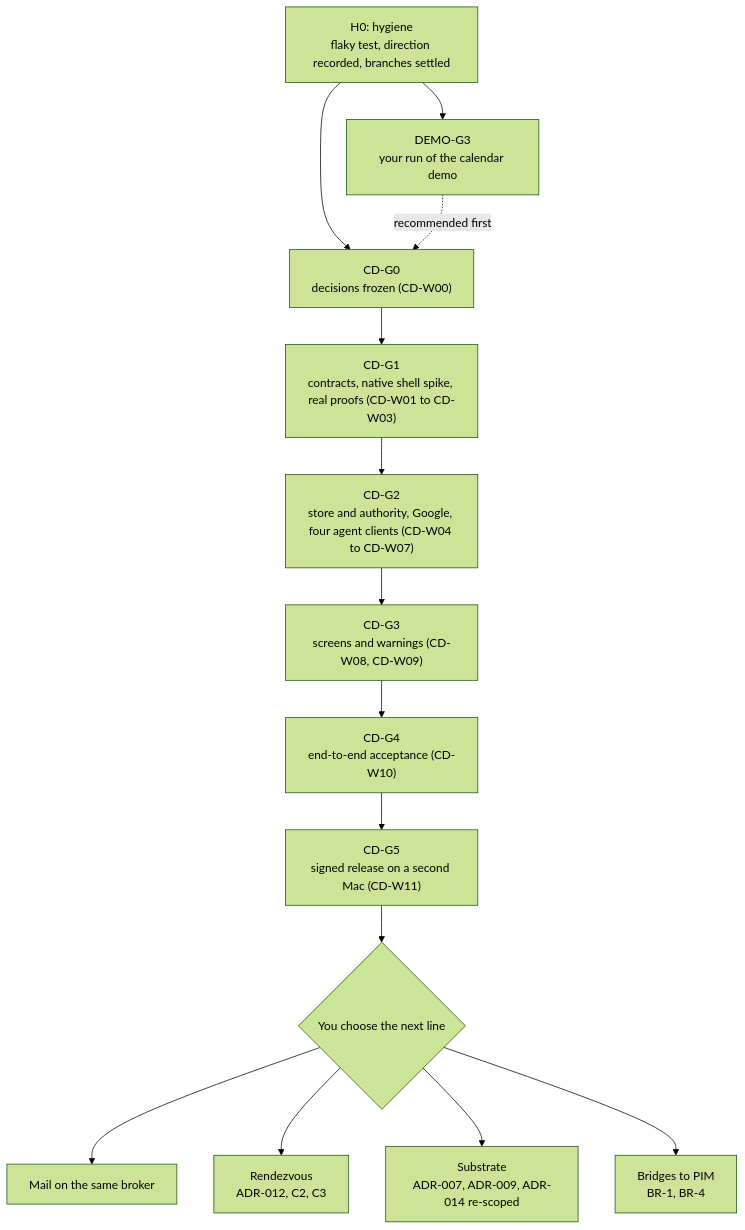
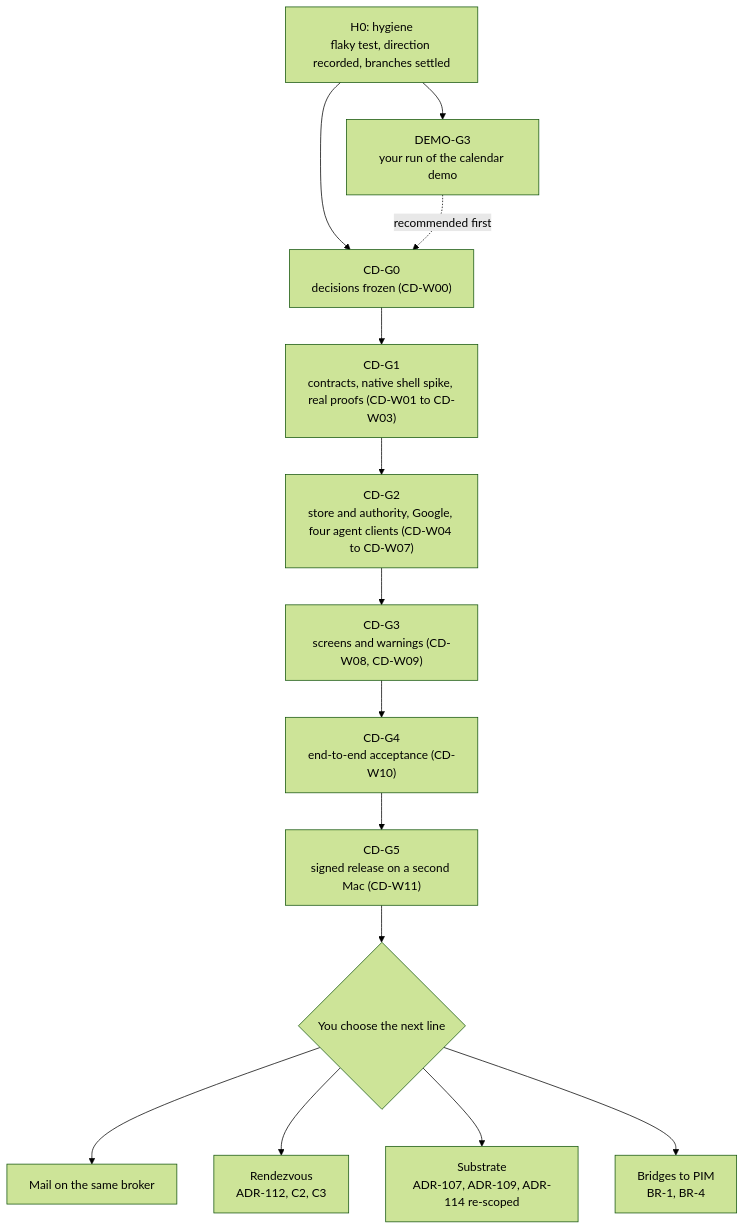
The diagram in docs/roadmap.md (aregm/fabric), drawn with Mermaid (forest theme) before and after one commit. The commit also changed other lines of this file and 10 other files, not shown here.

````diff
--- a/docs/roadmap.md
+++ b/docs/roadmap.md
@@ -120,16 +120,16 @@
 ```mermaid
 flowchart TB
     H0["H0: hygiene<br/>flaky test, direction recorded, branches settled"] --> DG3["DEMO-G3<br/>your run of the calendar demo"]
     H0 --> G0["CD-G0<br/>decisions frozen (CD-W00)"]
     DG3 -. "recommended first" .-> G0
     G0 --> G1["CD-G1<br/>contracts, native shell spike, real proofs (CD-W01 to CD-W03)"]
     G1 --> G2["CD-G2<br/>store and authority, Google, four agent clients (CD-W04 to CD-W07)"]
     G2 --> G3["CD-G3<br/>screens and warnings (CD-W08, CD-W09)"]
     G3 --> G4["CD-G4<br/>end-to-end acceptance (CD-W10)"]
     G4 --> G5["CD-G5<br/>signed release on a second Mac (CD-W11)"]
     G5 --> NEXT{"You choose the next line"}
     NEXT --> MAIL["Mail on the same broker"]
-    NEXT --> RV["Rendezvous<br/>ADR-012, C2, C3"]
-    NEXT --> SUB["Substrate<br/>ADR-007, ADR-009, ADR-014 re-scoped"]
+    NEXT --> RV["Rendezvous<br/>ADR-112, C2, C3"]
+    NEXT --> SUB["Substrate<br/>ADR-107, ADR-109, ADR-114 re-scoped"]
     NEXT --> BR["Bridges to PIM<br/>BR-1, BR-4"]
 ```
````
